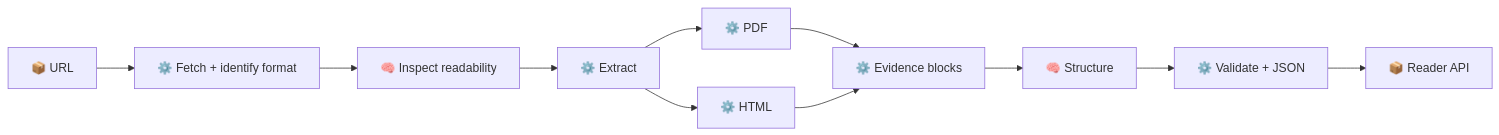
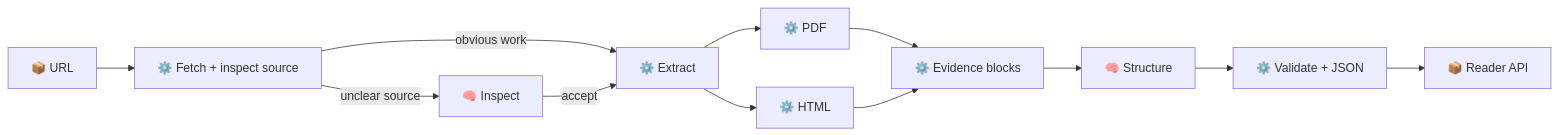
Before and after one commit to mukesh1811/paper: the diagram in api/URL2JSON_IMPLEMENTATION_PLAN.md, drawn with Mermaid. The commit also changed other lines of this file and 10 other files, not shown here.

First line of the commit message:
Build source-grounded URL readability inspection

````diff
--- a/api/URL2JSON_IMPLEMENTATION_PLAN.md
+++ b/api/URL2JSON_IMPLEMENTATION_PLAN.md
@@ -21,13 +21,14 @@
 ```mermaid
 flowchart LR
-    A[📦 URL] --> B[⚙️ Fetch + identify format]
-    B --> I[🧠 Inspect readability]
-    I --> D[⚙️ Extract]
+    A[📦 URL] --> B[⚙️ Fetch + inspect source]
+    B -->|obvious work| D[⚙️ Extract]
+    B -->|unclear source| I[🧠 Inspect]
+    I -->|accept| D
     D --> P[⚙️ PDF]
     D --> H[⚙️ HTML]
     P --> E[⚙️ Evidence blocks]
     H --> E
     E --> S[🧠 Structure]
     S --> V[⚙️ Validate + JSON]
     V --> R[📦 Reader API]
 ```
````
